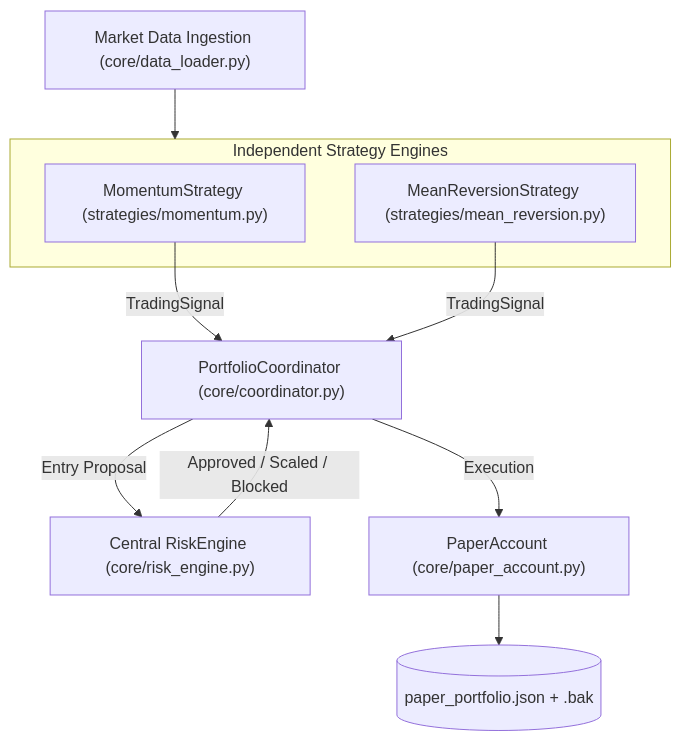
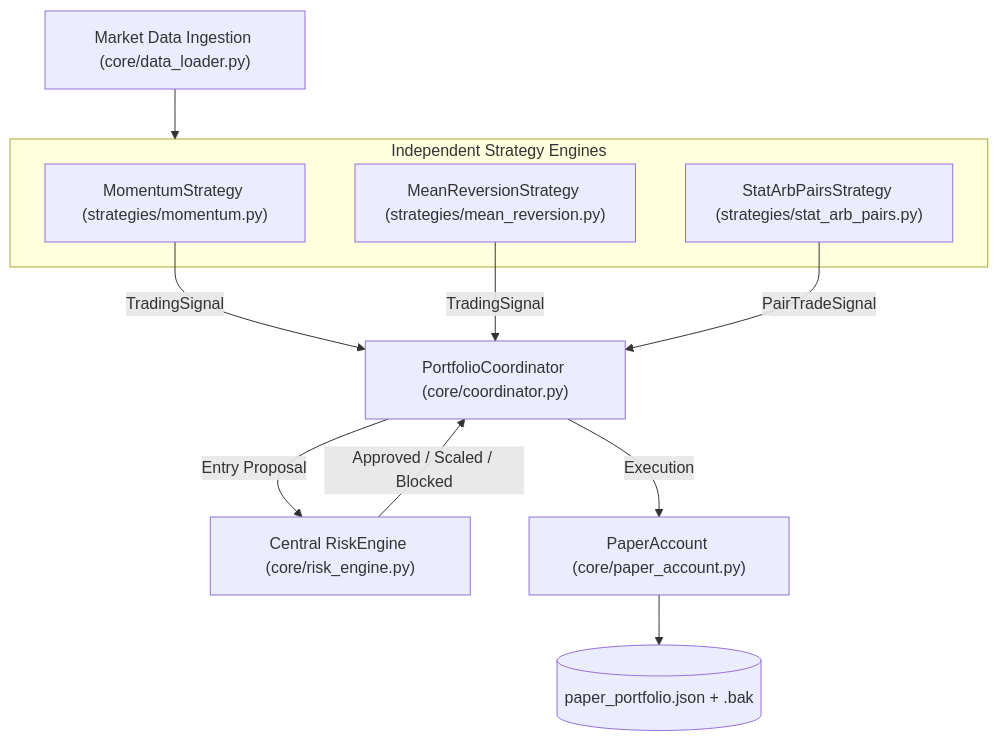
One commit to iShmuel/web4-trading-agent changed the diagram in README.md. Above: the diagram before and after it, drawn with Mermaid. The commit also changed other lines of this file and 2 other files, not shown here.

Commit message:
docs: formalize and document the 3 Web4 autonomous levels, math, and architecture

````diff
--- a/README.md
+++ b/README.md
@@ -9,18 +11,20 @@
 ```mermaid
 flowchart TD
     Data["Market Data Ingestion (core/data_loader.py)"] --> Strategies
     
     subgraph Strategies["Independent Strategy Engines"]
         Mom["MomentumStrategy (strategies/momentum.py)"]
         MR["MeanReversionStrategy (strategies/mean_reversion.py)"]
+        Pairs["StatArbPairsStrategy (strategies/stat_arb_pairs.py)"]
     end
     
     Mom -->|TradingSignal| Coord["PortfolioCoordinator (core/coordinator.py)"]
     MR -->|TradingSignal| Coord
+    Pairs -->|PairTradeSignal| Coord
     
     Coord -->|Entry Proposal| Risk["Central RiskEngine (core/risk_engine.py)"]
     Risk -->|Approved / Scaled / Blocked| Coord
     
     Coord -->|Execution| Paper["PaperAccount (core/paper_account.py)"]
     Paper --> Storage[("paper_portfolio.json + .bak")]
 ```
````
